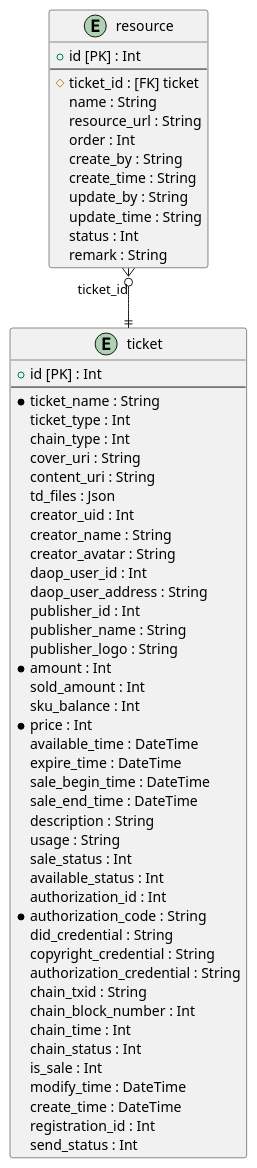
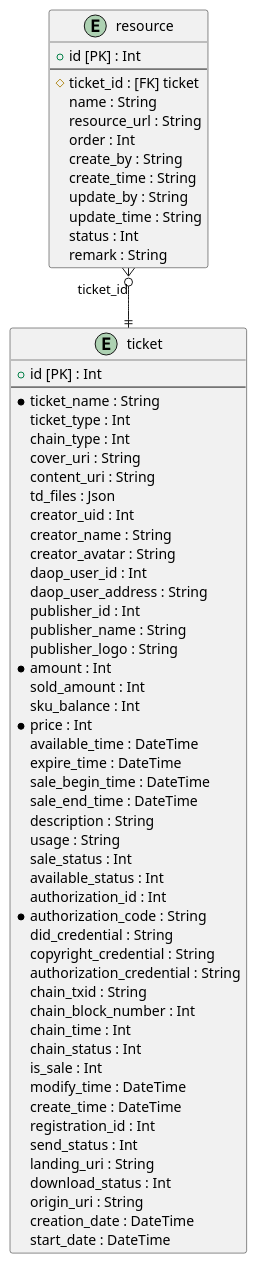
Diagram 28 of 28 in src/doc/ER-D.puml (yuyongpeng/admin-server), drawn with PlantUML before and after one commit. The commit also changed other lines of this file and 10 other files, not shown here.

```diff
--- a/src/doc/ER-D.puml
+++ b/src/doc/ER-D.puml
@@ -2009,67 +2050,72 @@
 @startuml resource
 skinparam linetype ortho
 entity "ticket" as ticket {
 + id [PK] : Int 
 --
   * ticket_name : String
   ticket_type : Int
   chain_type : Int
   cover_uri : String
   content_uri : String
   td_files : Json
   creator_uid : Int
   creator_name : String
   creator_avatar : String
   daop_user_id : Int
   daop_user_address : String
   publisher_id : Int
   publisher_name : String
   publisher_logo : String
   * amount : Int
   sold_amount : Int
   sku_balance : Int
   * price : Int
   available_time : DateTime
   expire_time : DateTime
   sale_begin_time : DateTime
   sale_end_time : DateTime
   description : String
   usage : String
   sale_status : Int
   available_status : Int
   authorization_id : Int
   * authorization_code : String
   did_credential : String
   copyright_credential : String
   authorization_credential : String
   chain_txid : String
   chain_block_number : Int
   chain_time : Int
   chain_status : Int
   is_sale : Int
   modify_time : DateTime
   create_time : DateTime
   registration_id : Int
   send_status : Int
+  landing_uri : String
+  download_status : Int
+  origin_uri : String
+  creation_date : DateTime
+  start_date : DateTime
 }
 
 entity "resource" as resource {
 + id [PK] : Int 
 --
   # ticket_id : [FK] ticket
   name : String
   resource_url : String
   order : Int
   create_by : String
   create_time : String
   update_by : String
   update_time : String
   status : Int
   remark : String
 }
 
 ' Relations
 resource }o--|| ticket: ticket_id
 ' ManyToMany Relations
 ' enum relations
 @enduml
```
